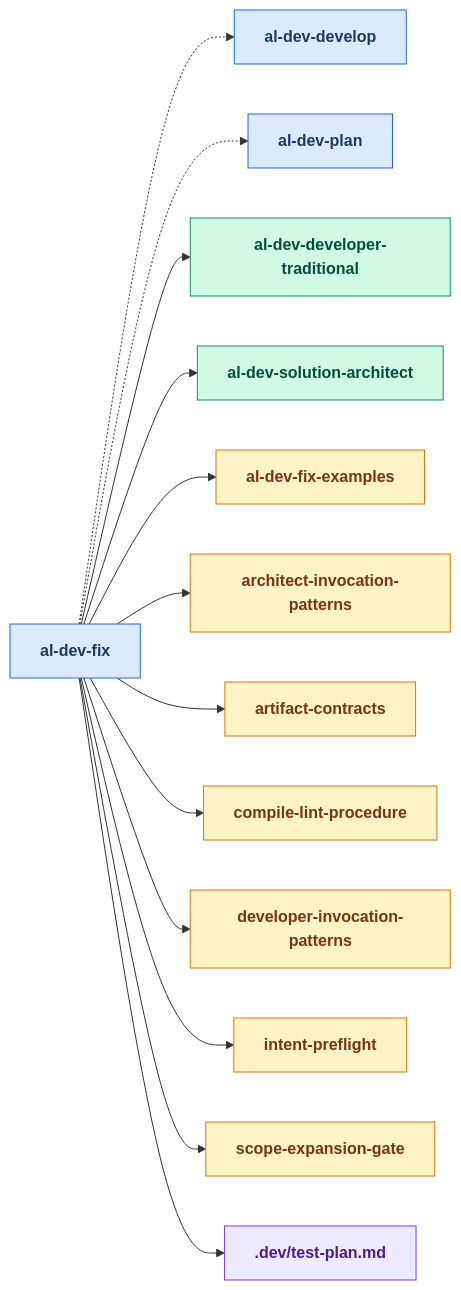
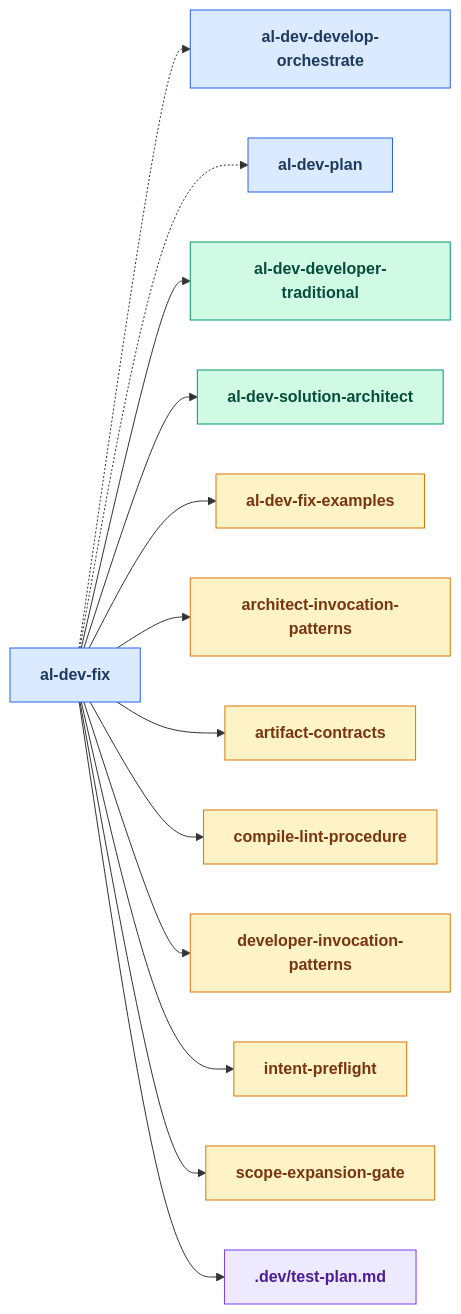
One commit to russell-laing/al-dev-shared changed the fifth of 25 diagrams in docs/al-dev-skills-map.md. Above: the diagram before and after it, drawn with Mermaid. The commit also changed other lines of this file and 53 other files, not shown here.

Commit message:
refactor(skill): rename al-dev-develop to al-dev-develop-orchestrate, keep artifact prefix stable (#875)

````diff
--- a/docs/al-dev-skills-map.md
+++ b/docs/al-dev-skills-map.md
@@ -237,49 +231,49 @@
 ```mermaid
 flowchart LR
     classDef skillNode fill:#dbeafe,stroke:#2563eb,color:#1e3a5f,font-weight:bold
     classDef agentNode fill:#d1fae5,stroke:#059669,color:#064e3b,font-weight:bold
     classDef knowledgeNode fill:#fef3c7,stroke:#d97706,color:#78350f,font-weight:bold
     classDef artifactNode fill:#ede9fe,stroke:#7c3aed,color:#4c1d95,font-weight:bold
     classDef phaseNode fill:#e0e7ff,stroke:#6366f1,color:#312e81,font-weight:bold
 
     skill_al_dev_fix[al-dev-fix]
-    skill_al_dev_develop[al-dev-develop]
+    skill_al_dev_develop_orchestrate[al-dev-develop-orchestrate]
     skill_al_dev_plan[al-dev-plan]
     agent_al_dev_developer_traditional[al-dev-developer-traditional]
     agent_al_dev_solution_architect[al-dev-solution-architect]
     knowledge_al_dev_fix_examples_md[al-dev-fix-examples]
     knowledge_architect_invocation_patterns_md[architect-invocation-patterns]
     knowledge_artifact_contracts_md[artifact-contracts]
     knowledge_compile_lint_procedure_md[compile-lint-procedure]
     knowledge_developer_invocation_patterns_md[developer-invocation-patterns]
     knowledge_intent_preflight_md[intent-preflight]
     knowledge_scope_expansion_gate_md[scope-expansion-gate]
     artifact_test_plan_md[.dev/test-plan.md]
 
-    skill_al_dev_fix -.-> skill_al_dev_develop
+    skill_al_dev_fix -.-> skill_al_dev_develop_orchestrate
     skill_al_dev_fix -.-> skill_al_dev_plan
     skill_al_dev_fix --> agent_al_dev_developer_traditional
     skill_al_dev_fix --> agent_al_dev_solution_architect
     skill_al_dev_fix --> knowledge_al_dev_fix_examples_md
     skill_al_dev_fix --> knowledge_architect_invocation_patterns_md
     skill_al_dev_fix --> knowledge_artifact_contracts_md
     skill_al_dev_fix --> knowledge_compile_lint_procedure_md
     skill_al_dev_fix --> knowledge_developer_invocation_patterns_md
     skill_al_dev_fix --> knowledge_intent_preflight_md
     skill_al_dev_fix --> knowledge_scope_expansion_gate_md
     skill_al_dev_fix --> artifact_test_plan_md
 
     class skill_al_dev_fix skillNode
-    class skill_al_dev_develop skillNode
+    class skill_al_dev_develop_orchestrate skillNode
     class skill_al_dev_plan skillNode
     class agent_al_dev_developer_traditional agentNode
     class agent_al_dev_solution_architect agentNode
     class knowledge_al_dev_fix_examples_md knowledgeNode
     class knowledge_architect_invocation_patterns_md knowledgeNode
     class knowledge_artifact_contracts_md knowledgeNode
     class knowledge_compile_lint_procedure_md knowledgeNode
     class knowledge_developer_invocation_patterns_md knowledgeNode
     class knowledge_intent_preflight_md knowledgeNode
     class knowledge_scope_expansion_gate_md knowledgeNode
     class artifact_test_plan_md artifactNode
 ```
````
